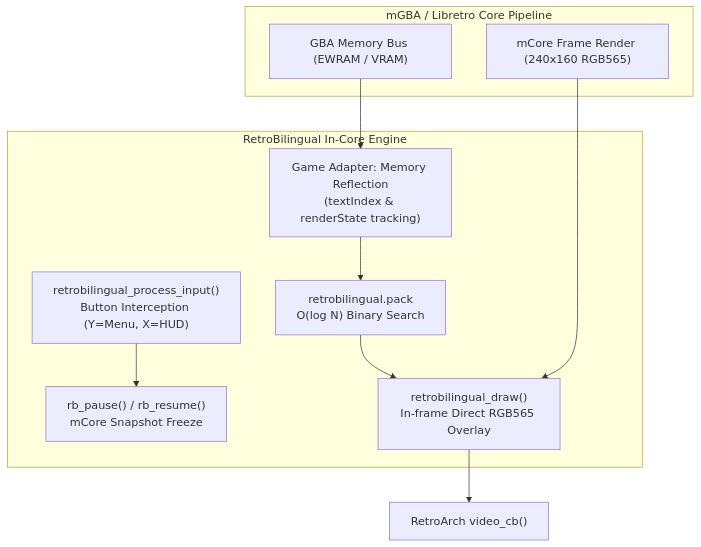
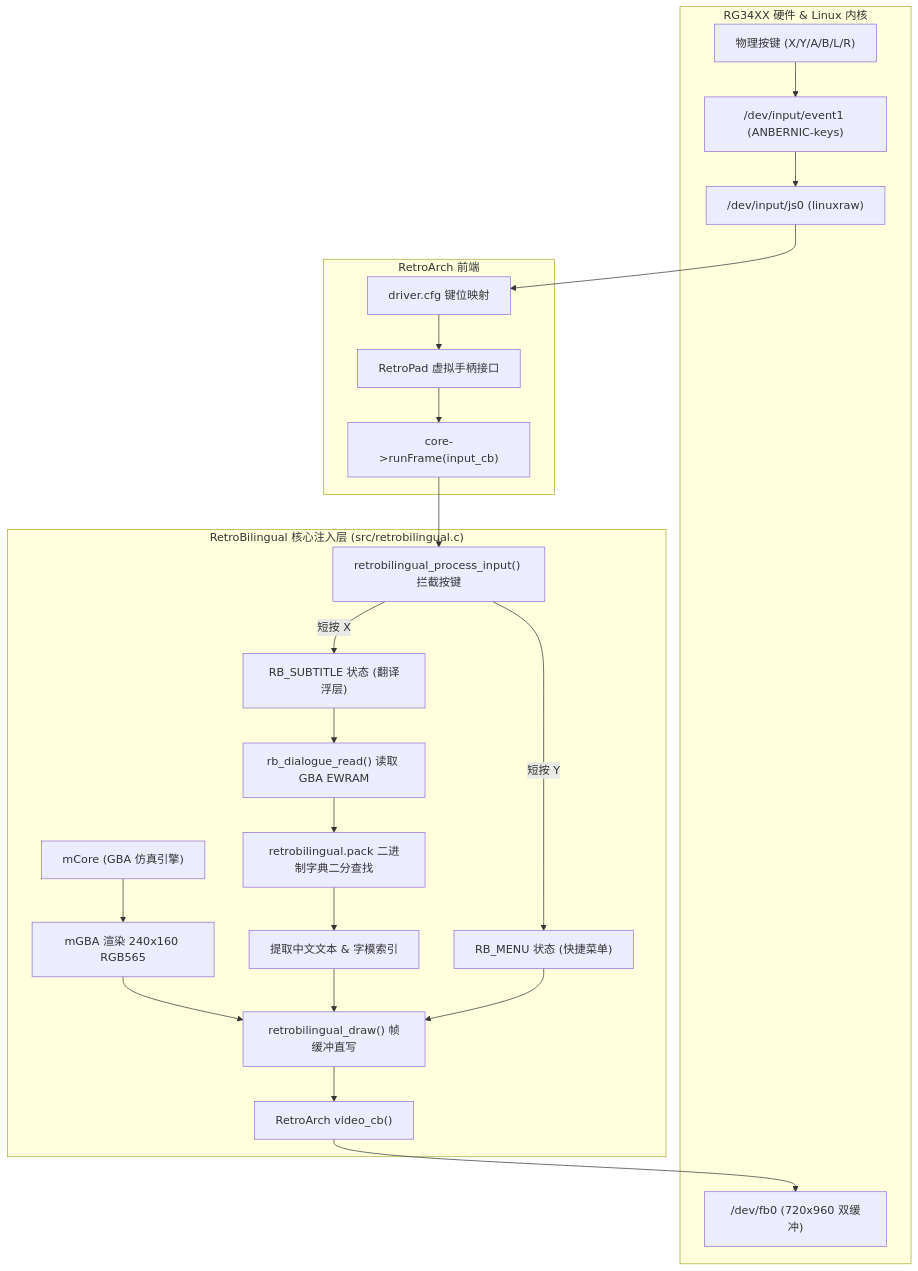
One commit to iamcheyan/retrobilingual changed the first of 2 diagrams in docs/ARCHITECTURE.md. Above: the diagram before and after it, drawn with Mermaid. The commit also changed other lines of this file, not shown here.

Commit message:
docs: update ARCHITECTURE with smart auto-dodge section

````diff
--- a/docs/ARCHITECTURE.md
+++ b/docs/ARCHITECTURE.md
@@ -9,22 +23,33 @@
 ```mermaid
 flowchart TD
-    subgraph EmulationPipeline ["mGBA / Libretro Core Pipeline"]
-        GBA_Bus["GBA Memory Bus (EWRAM / VRAM)"]
-        FrameRender["mCore Frame Render (240x160 RGB565)"]
+    subgraph Hardware ["RG34XX 硬件 & Linux 内核"]
+        PhysKeys["物理按键 (X/Y/A/B/L/R)"] --> Evdev["/dev/input/event1 (ANBERNIC-keys)"]
+        Evdev --> JoyDev["/dev/input/js0 (linuxraw)"]
+        FrameBuf["/dev/fb0 (720x960 双缓冲)"]
     end
 
-    subgraph RetroBilingualCore ["RetroBilingual In-Core Engine"]
-        InputInterception["retrobilingual_process_input()\nButton Interception (Y=Menu, X=HUD)"]
-        StateSnapshot["rb_pause() / rb_resume()\nmCore Snapshot Freeze"]
-        MemorySpy["Game Adapter: Memory Reflection\n(textIndex & renderState tracking)"]
-        FastLookup["retrobilingual.pack\nO(log N) Binary Search"]
-        RasterBlit["retrobilingual_draw()\nIn-frame Direct RGB565 Overlay"]
+    subgraph RetroArch ["RetroArch 前端"]
+        JoyDev --> DriverCfg["driver.cfg 键位映射"]
+        DriverCfg --> RetroPad["RetroPad 虚拟手柄接口"]
+        RetroPad --> CoreInput["core->runFrame(input_cb)"]
     end
 
-    GBA_Bus --> MemorySpy
-    MemorySpy --> FastLookup
-    InputInterception --> StateSnapshot
-    FastLookup --> RasterBlit
-    FrameRender --> RasterBlit
-    RasterBlit --> VideoCB["RetroArch video_cb()"]
+    subgraph RetroBilingual ["RetroBilingual 核心注入层 (src/retrobilingual.c)"]
+        CoreInput --> RB_Input["retrobilingual_process_input() 拦截按键"]
+        RB_Input -- "短按 Y" --> MenuState["RB_MENU 状态 (快捷菜单)"]
+        RB_Input -- "短按 X" --> SubtitleState["RB_SUBTITLE 状态 (翻译浮层)"]
+        
+        SubtitleState --> EWRAM_Read["rb_dialogue_read() 读取 GBA EWRAM"]
+        EWRAM_Read --> PackLookup["retrobilingual.pack 二进制字典二分查找"]
+        PackLookup --> TranslationData["提取中文文本 & 字模索引"]
+
+        mGBA_Core["mCore (GBA 仿真引擎)"] --> FrameRaster["mGBA 渲染 240x160 RGB565"]
+        FrameRaster --> RB_Draw["retrobilingual_draw() 帧缓冲直写"]
+        TranslationData --> RB_Draw
+        MenuState --> RB_Draw
+        
+        RB_Draw --> VideoCB["RetroArch video_cb()"]
+    end
+
+    VideoCB --> FrameBuf
 ```
````
